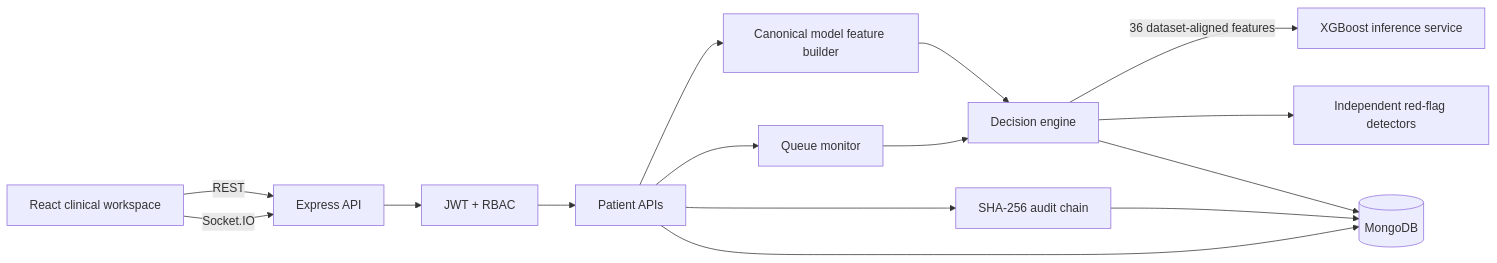
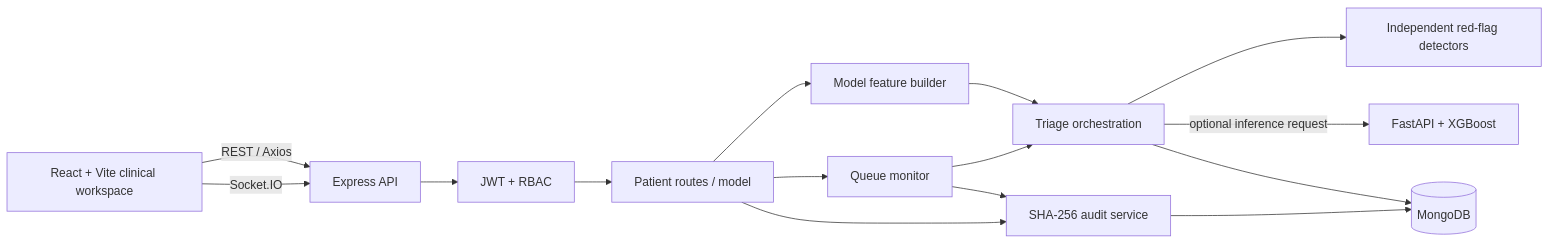
One commit to Sakshya2504/SpaceCoders changed the diagram in docs/ARCHITECTURE.md. Above: the diagram before and after it, drawn with Mermaid. The commit also changed other lines of this file, not shown here.

Commit message:
docs: finalize system architecture

````diff
--- a/docs/ARCHITECTURE.md
+++ b/docs/ARCHITECTURE.md
@@ -7,29 +9,29 @@
 ```mermaid
 flowchart LR
-    UI[React clinical workspace]
+    UI[React + Vite clinical workspace]
     API[Express API]
     AUTH[JWT + RBAC]
-    PAT[Patient APIs]
-    FEATURES[Canonical model feature builder]
-    TRIAGE[Decision engine]
+    PAT[Patient routes / model]
+    FEATURE[Model feature builder]
+    TRIAGE[Triage orchestration]
     FLAGS[Independent red-flag detectors]
-    ML[XGBoost inference service]
     QUEUE[Queue monitor]
-    AUDIT[SHA-256 audit chain]
+    AUDIT[SHA-256 audit service]
     DB[(MongoDB)]
+    ML[FastAPI + XGBoost]
 
-    UI -->|REST| API
+    UI -->|REST / Axios| API
     UI -->|Socket.IO| API
     API --> AUTH
     AUTH --> PAT
-    PAT --> FEATURES
-    FEATURES --> TRIAGE
-    TRIAGE -->|36 dataset-aligned features| ML
+    PAT --> FEATURE
+    FEATURE --> TRIAGE
     TRIAGE --> FLAGS
+    TRIAGE -->|optional inference request| ML
+    TRIAGE --> DB
     PAT --> QUEUE
     QUEUE --> TRIAGE
     PAT --> AUDIT
+    QUEUE --> AUDIT
     AUDIT --> DB
-    PAT --> DB
-    TRIAGE --> DB
 ```
````
